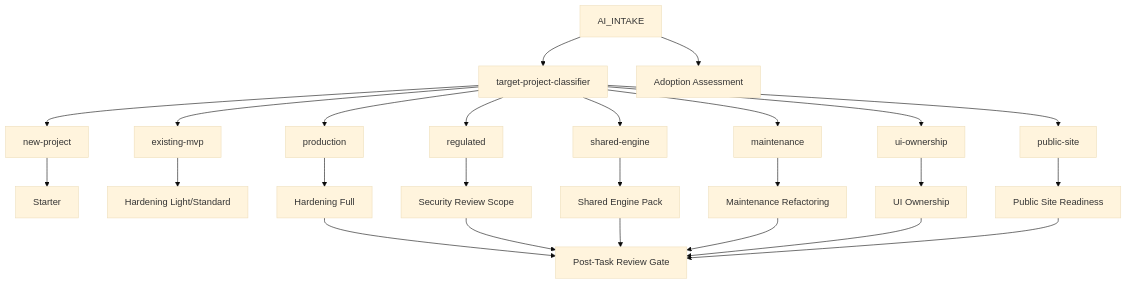
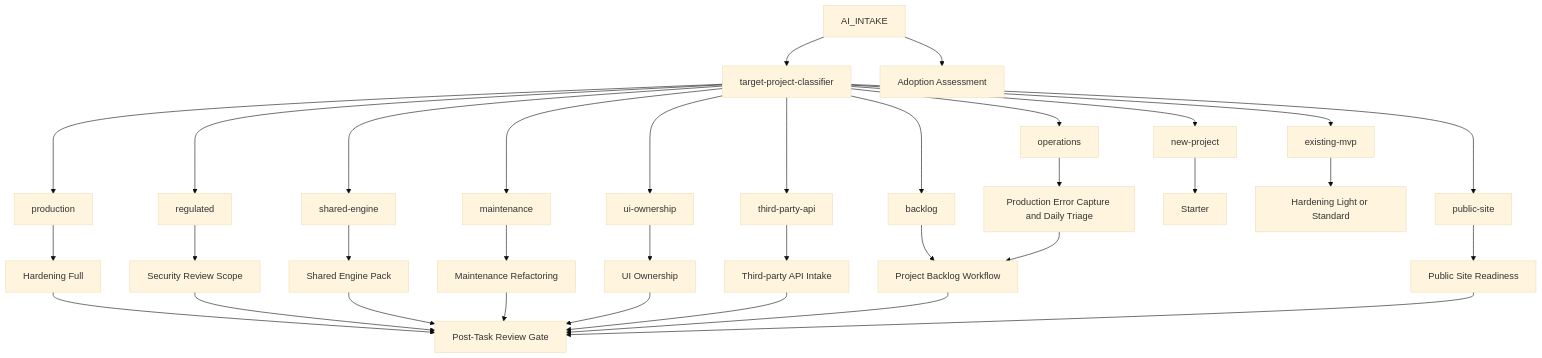
One commit to Gudvin82/vibe-coding-protocols changed the diagram in docs/route-map.md. Above: the diagram before and after it, drawn with Mermaid (base theme). The commit also changed 103 other files, not shown here.

Commit message:
Add production error capture and kanban backlog workflows

````diff
--- a/docs/route-map.md
+++ b/docs/route-map.md
@@ -3,27 +3,36 @@
 ```mermaid
 flowchart TD
     A[AI_INTAKE] --> B[target-project-classifier]
     B --> C[new-project]
     B --> D[existing-mvp]
     B --> E[production]
     B --> F[regulated]
     B --> G[shared-engine]
     B --> H[maintenance]
     B --> I[ui-ownership]
-    B --> J[public-site]
-    C --> K[Starter]
-    D --> L[Hardening Light/Standard]
-    E --> M[Hardening Full]
-    F --> N[Security Review Scope]
-    G --> O[Shared Engine Pack]
-    H --> P[Maintenance Refactoring]
-    I --> Q[UI Ownership]
-    J --> R[Public Site Readiness]
-    M --> S[Post-Task Review Gate]
-    N --> S
-    O --> S
-    P --> S
-    Q --> S
-    R --> S
-    A --> T[Adoption Assessment]
+    B --> J[third-party-api]
+    B --> K[operations]
+    B --> L[backlog]
+    B --> M[public-site]
+    C --> N[Starter]
+    D --> O[Hardening Light or Standard]
+    E --> P[Hardening Full]
+    F --> Q[Security Review Scope]
+    G --> R[Shared Engine Pack]
+    H --> S[Maintenance Refactoring]
+    I --> T[UI Ownership]
+    J --> U[Third-party API Intake]
+    K --> V[Production Error Capture and Daily Triage]
+    L --> W[Project Backlog Workflow]
+    M --> X[Public Site Readiness]
+    P --> Y[Post-Task Review Gate]
+    Q --> Y
+    R --> Y
+    S --> Y
+    T --> Y
+    U --> Y
+    V --> W
+    W --> Y
+    X --> Y
+    A --> Z[Adoption Assessment]
 ```
````
